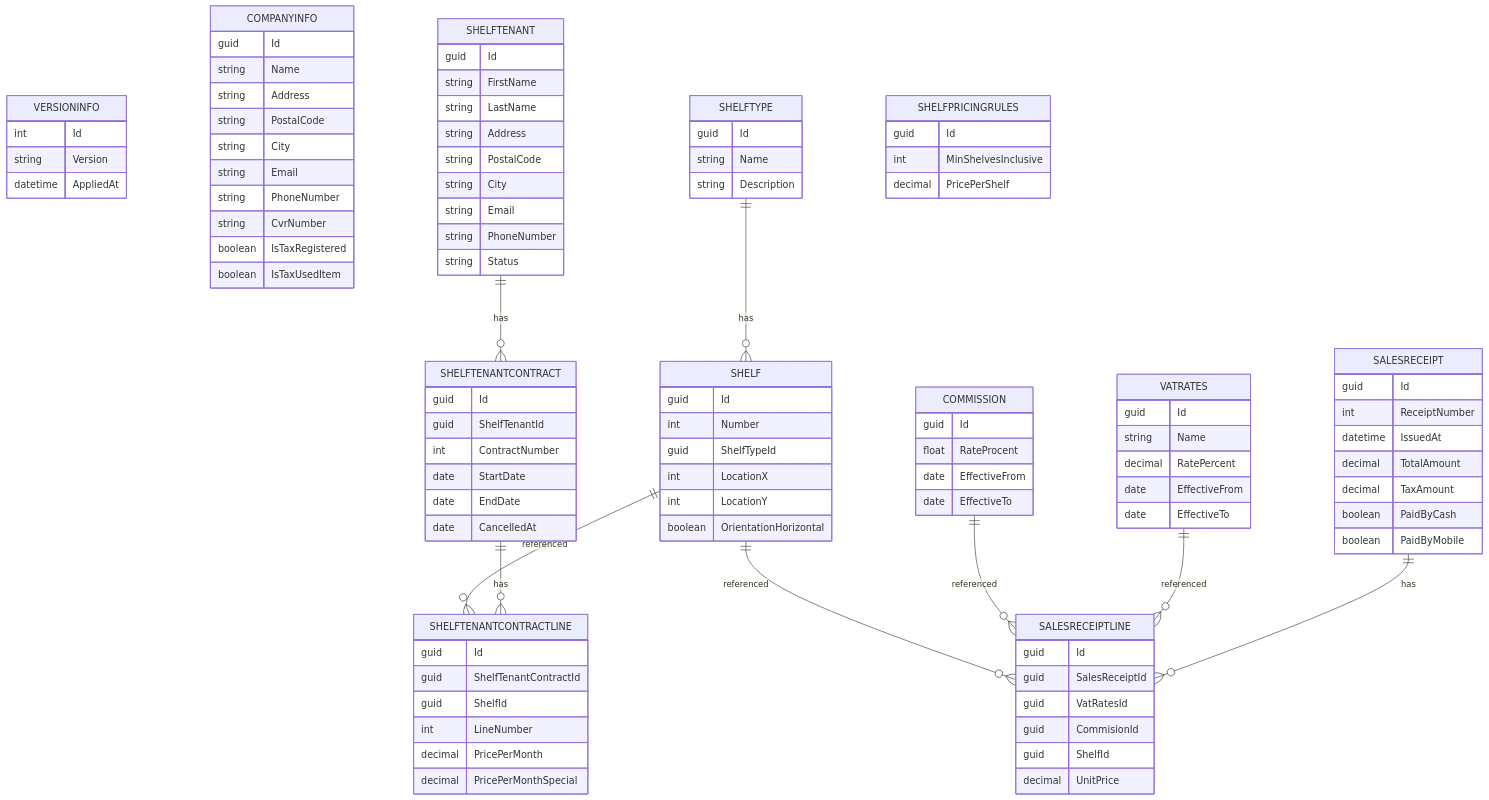
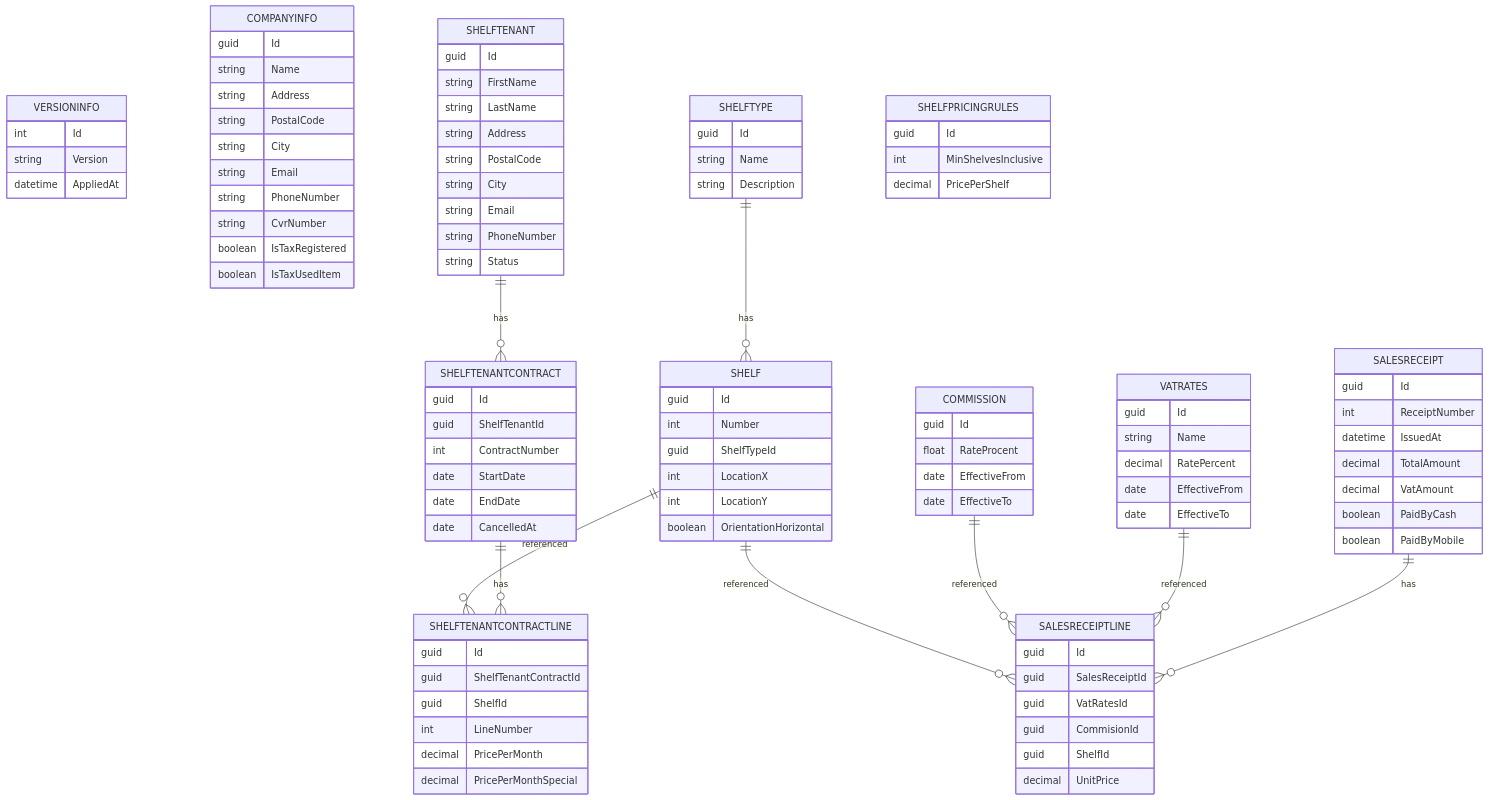
Before and after one commit to DMOoF25-TEAM11/ShelfMarket: the diagram in docs/ER.mmd, drawn with Mermaid. The commit also changed 8 other files, not shown here.

```diff
--- a/docs/ER.mmd
+++ b/docs/ER.mmd
@@ -1,113 +1,113 @@
 erDiagram
     VERSIONINFO {
         int Id
         string Version
         datetime AppliedAt
     }
 
     COMPANYINFO {
         guid Id
         string Name
         string Address
         string PostalCode
         string City
         string Email
         string PhoneNumber
         string CvrNumber
         boolean IsTaxRegistered
         boolean IsTaxUsedItem
     }
 
     VATRATES {
         guid Id
         string Name
         decimal RatePercent
         date EffectiveFrom
         date EffectiveTo
     }
 
     COMMISSION {
         guid Id
         float RateProcent
         date EffectiveFrom
         date EffectiveTo
     }
 
     SHELFTYPE {
         guid Id
         string Name
         string Description
     }
 
     SHELF {
         guid Id
         int Number
         guid ShelfTypeId
         int LocationX
         int LocationY
         boolean OrientationHorizontal
     }
 
     SHELFTENANT {
         guid Id
         string FirstName
         string LastName
         string Address
         string PostalCode
         string City
         string Email
         string PhoneNumber
         string Status
     }
 
     SHELFTENANTCONTRACT {
         guid Id
         guid ShelfTenantId
         int ContractNumber
         date StartDate
         date EndDate
         date CancelledAt
     }
 
     SHELFTENANTCONTRACTLINE {
         guid Id
         guid ShelfTenantContractId
         guid ShelfId
         int LineNumber
         decimal PricePerMonth
         decimal PricePerMonthSpecial
     }
 
     SHELFPRICINGRULES {
         guid Id
         int MinShelvesInclusive
         decimal PricePerShelf
     }
 
     SALESRECEIPT {
         guid Id
         int ReceiptNumber
         datetime IssuedAt
         decimal TotalAmount
-        decimal TaxAmount
+        decimal VatAmount
         boolean PaidByCash
         boolean PaidByMobile
     }
 
     SALESRECEIPTLINE {
         guid Id
         guid SalesReceiptId
         guid VatRatesId
         guid CommisionId
         guid ShelfId
         decimal UnitPrice
     }
 
     SHELFTYPE ||--o{ SHELF : has
     SHELFTENANT ||--o{ SHELFTENANTCONTRACT : has
     SHELFTENANTCONTRACT ||--o{ SHELFTENANTCONTRACTLINE : has
     SHELF ||--o{ SHELFTENANTCONTRACTLINE : referenced
     SALESRECEIPT ||--o{ SALESRECEIPTLINE : has
     VATRATES ||--o{ SALESRECEIPTLINE : referenced
     COMMISSION ||--o{ SALESRECEIPTLINE : referenced
     SHELF ||--o{ SALESRECEIPTLINE : referenced
```
